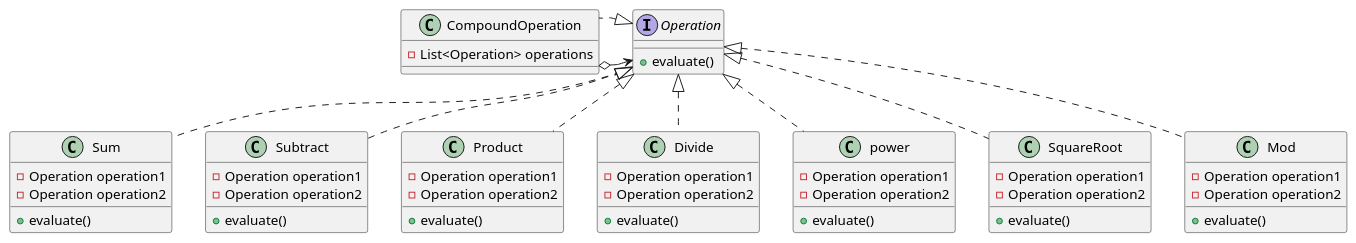
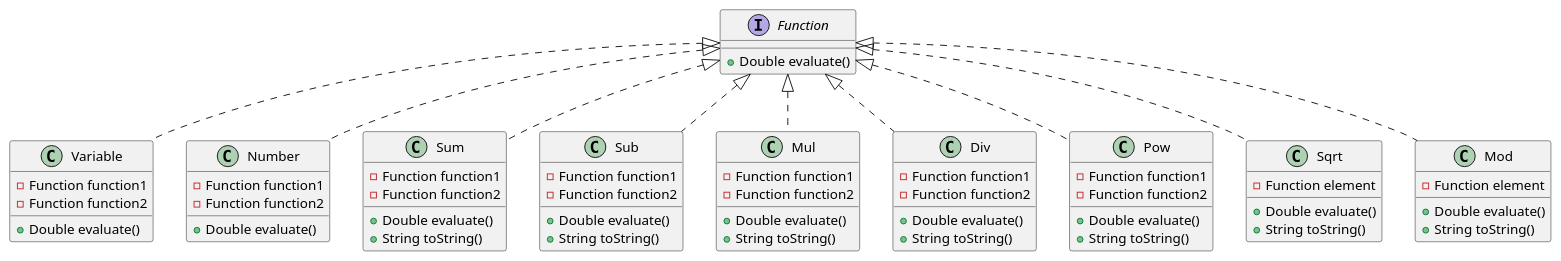
One commit to nicolas-mangini/formula changed the diagram in src/main/java/edu/austral/ingsis/math/composite/diagram.puml. Above: the diagram before and after it, drawn with PlantUML. The commit also changed 13 other files, not shown here.

```diff
--- a/src/main/java/edu/austral/ingsis/math/composite/diagram.puml
+++ b/src/main/java/edu/austral/ingsis/math/composite/diagram.puml
@@ -1,55 +1,77 @@
 @startuml
 
-CompoundOperation o-> Operation
-
-interface Operation {
-    + evaluate()
+interface Function {
+    + Double evaluate()
 }
 
-class CompoundOperation implements Operation {
-    - List<Operation> operations
+/'basic elements'/
+class Variable implements Function {
+    - Function function1
+    - Function function2
+
+    + Double evaluate()
 }
 
-class Sum implements Operation {
-    - Operation operation1
-    - Operation operation2
-    + evaluate()
+class Number implements Function {
+    - Function function1
+    - Function function2
+
+    + Double evaluate()
 }
 
-class Subtract implements Operation {
-    - Operation operation1
-    - Operation operation2
-    + evaluate()
+/'compound'/
+class Sum implements Function {
+    - Function function1
+    - Function function2
+
+    + Double evaluate()
+    + String toString()
 }
 
-class Product implements Operation {
-    - Operation operation1
-    - Operation operation2
-    + evaluate()
+class Sub implements Function {
+    - Function function1
+    - Function function2
+
+    + Double evaluate()
+    + String toString()
 }
 
-class Divide implements Operation {
-    - Operation operation1
-    - Operation operation2
-    + evaluate()
+class Mul implements Function {
+    - Function function1
+    - Function function2
+
+    + Double evaluate()
+    + String toString()
 }
 
-class power implements Operation {
-    - Operation operation1
-    - Operation operation2
-    + evaluate()
+class Div implements Function {
+    - Function function1
+    - Function function2
+
+    + Double evaluate()
+    + String toString()
 }
 
-class SquareRoot implements Operation {
-    - Operation operation1
-    - Operation operation2
-    + evaluate()
+class Pow implements Function {
+    - Function function1
+    - Function function2
+
+    + Double evaluate()
+    + String toString()
 }
 
-class Mod implements Operation {
-    - Operation operation1
-    - Operation operation2
-    + evaluate()
+class Sqrt implements Function {
+    - Function element
+
+    + Double evaluate()
+    + String toString()
+}
+
+class Mod implements Function {
+    - Function element
+
+    + Double evaluate()
+    + String toString()
 }
 
 @enduml
```
